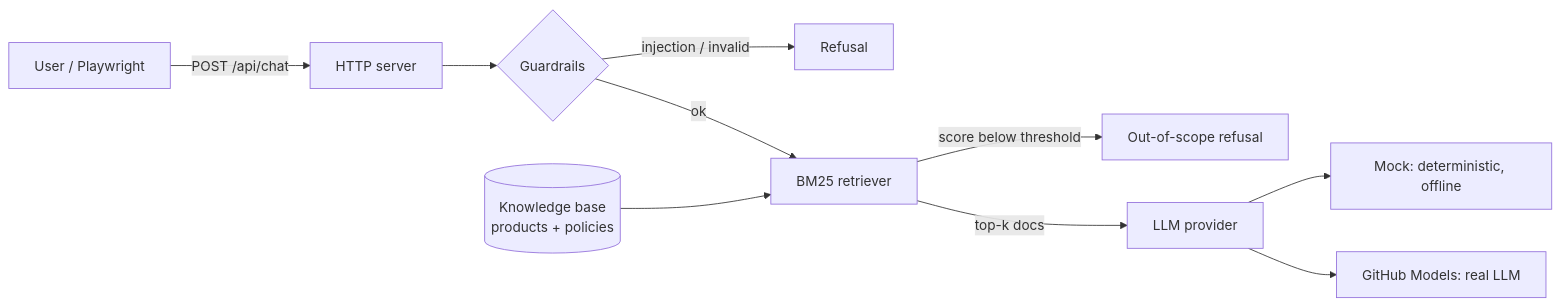
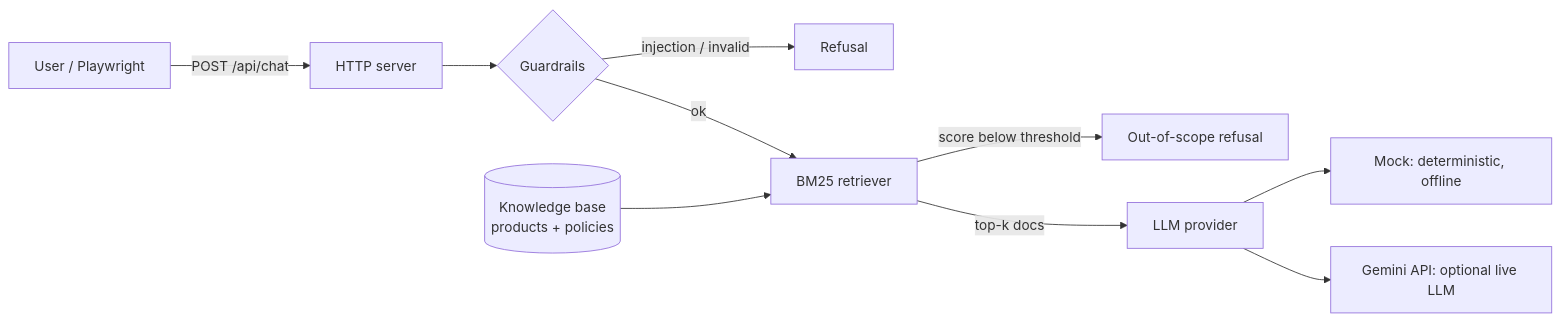
Before and after one commit to CarlosG-G/ai-quality-lab: the diagram in README.md, drawn with Mermaid. The commit also changed other lines of this file and 15 other files, not shown here.

````diff
--- a/README.md
+++ b/README.md
@@ -21,12 +21,12 @@
 ```mermaid
 flowchart LR
     U[User / Playwright] -->|POST /api/chat| S[HTTP server]
     S --> G{Guardrails}
     G -->|injection / invalid| R1[Refusal]
     G -->|ok| RT[BM25 retriever]
     RT -->|score below threshold| R2[Out-of-scope refusal]
     RT -->|top-k docs| P[LLM provider]
     P --> M[Mock: deterministic, offline]
-    P --> GH[GitHub Models: real LLM]
+    P --> GH[Gemini API: optional live LLM]
     KB[(Knowledge base<br/>products + policies)] --> RT
 ```
````
